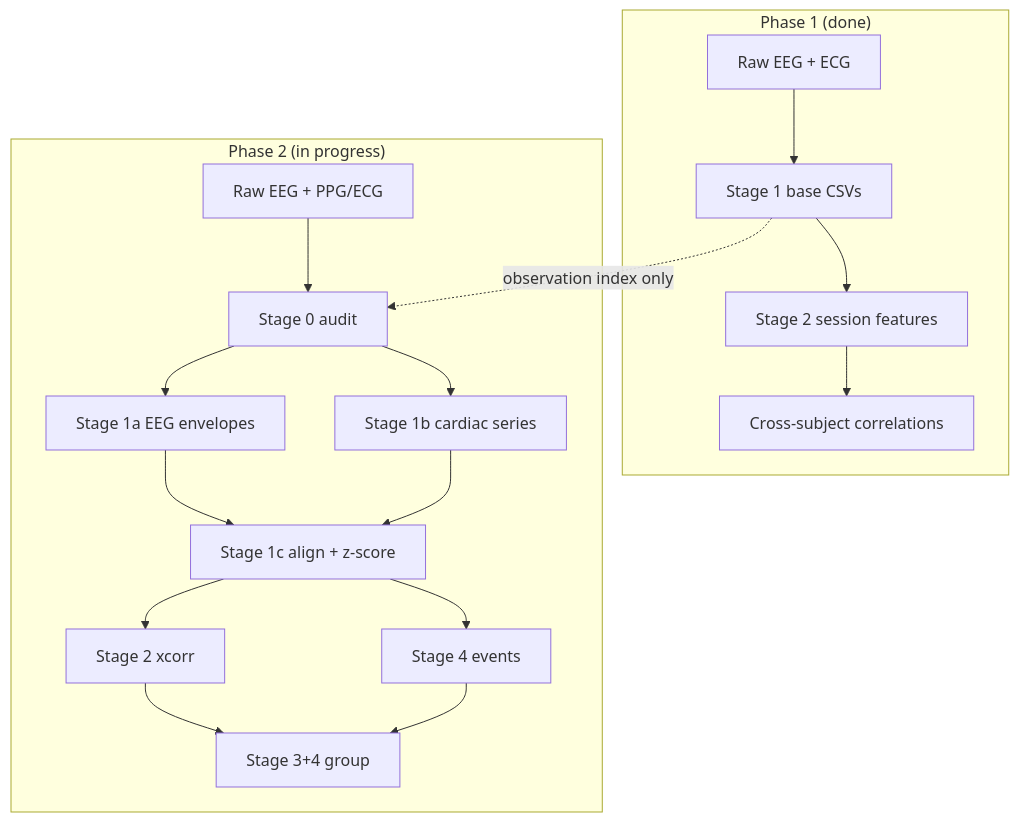
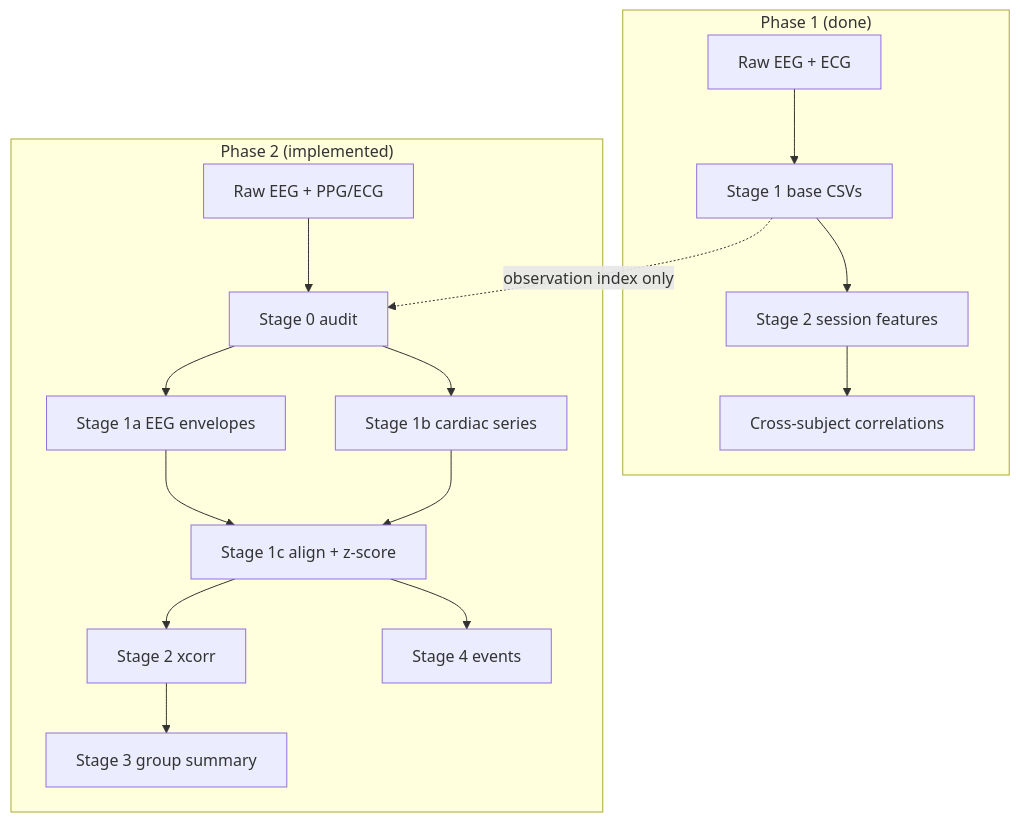
The diagram in temporal_coupling/README.md (Sara-Bonyadian/Thesis), drawn with Mermaid before and after one commit. The commit also changed other lines of this file, not shown here.

````diff
--- a/temporal_coupling/README.md
+++ b/temporal_coupling/README.md
@@ -157,29 +199,29 @@
 ```mermaid
 flowchart TD
   subgraph phase1 ["Phase 1 (done)"]
     raw1["Raw EEG + ECG"]
     stage1["Stage 1 base CSVs"]
     stage2["Stage 2 session features"]
     xsub["Cross-subject correlations"]
     raw1 --> stage1 --> stage2 --> xsub
   end
 
-  subgraph phase2 ["Phase 2 (in progress)"]
+  subgraph phase2 ["Phase 2 (implemented)"]
     raw2["Raw EEG + PPG/ECG"]
     s0["Stage 0 audit"]
     s1a["Stage 1a EEG envelopes"]
     s1b["Stage 1b cardiac series"]
     s1c["Stage 1c align + z-score"]
     xcorr["Stage 2 xcorr"]
+    group3["Stage 3 group summary"]
     events["Stage 4 events"]
-    group["Stage 3+4 group"]
     raw2 --> s0 --> s1a
     s0 --> s1b
     s1a --> s1c
     s1b --> s1c
-    s1c --> xcorr --> group
-    s1c --> events --> group
+    s1c --> xcorr --> group3
+    s1c --> events
   end
 
   stage1 -.->|"observation index only"| s0
 ```
````
